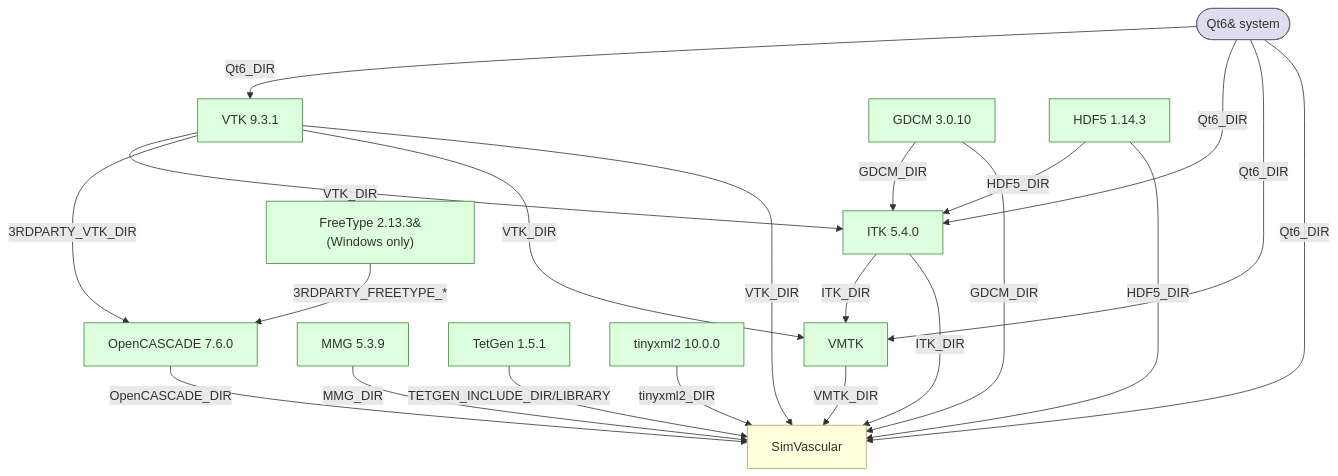
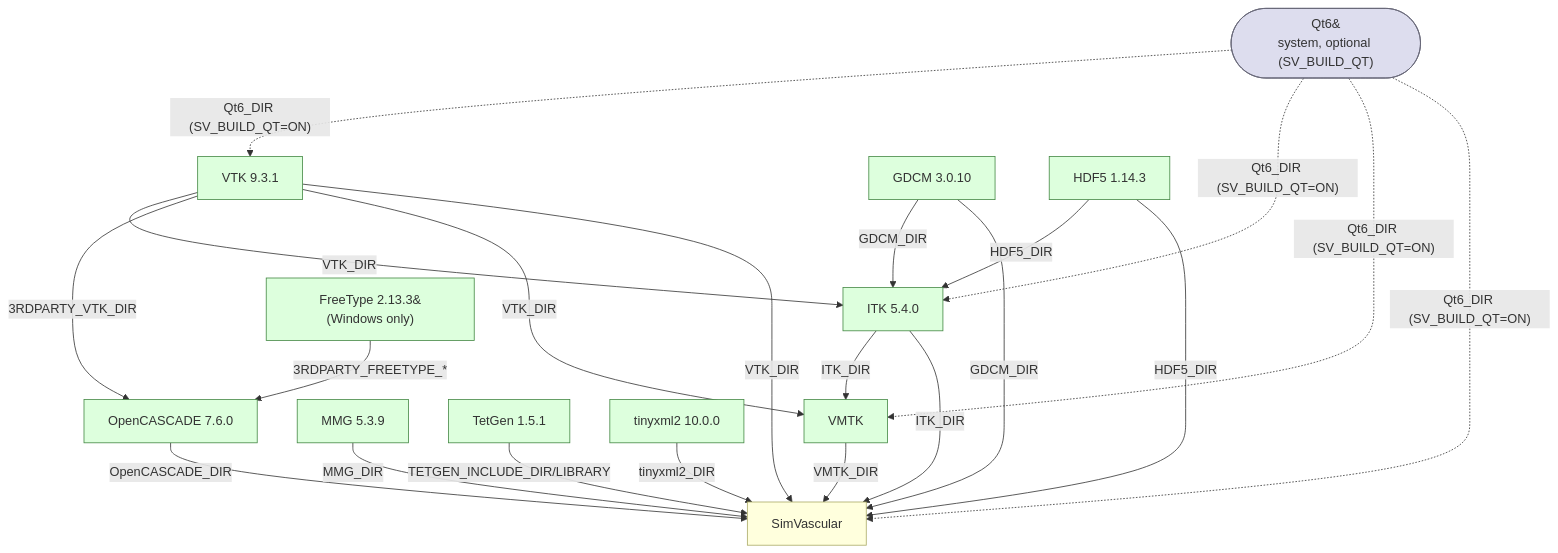
The diagram in Dependencies.md (SimVascular/SimVascularWIP), drawn with Mermaid before and after one commit. The commit also changed other lines of this file and 6 other files, not shown here.

````diff
--- a/Dependencies.md
+++ b/Dependencies.md
@@ -205,46 +211,46 @@
 ```mermaid
 graph TD
-    Qt6([Qt6&#10;system]):::system
+    Qt6(["Qt6&#10;system, optional (SV_BUILD_QT)"]):::system
 
     VTK["VTK 9.3.1"]:::built
     GDCM["GDCM 3.0.10"]:::built
     HDF5["HDF5 1.14.3"]:::built
     ITK["ITK 5.4.0"]:::built
     OCC["OpenCASCADE 7.6.0"]:::built
     FreeType["FreeType 2.13.3&#10;(Windows only)"]:::built
     MMG["MMG 5.3.9"]:::built
     TetGen["TetGen 1.5.1"]:::built
     tinyxml2["tinyxml2 10.0.0"]:::built
     VMTK["VMTK"]:::built
     SV["SimVascular"]:::project
 
-    Qt6 -->|Qt6_DIR| VTK
-    Qt6 -->|Qt6_DIR| ITK
-    Qt6 -->|Qt6_DIR| VMTK
-    Qt6 -->|Qt6_DIR| SV
+    Qt6 -.->|"Qt6_DIR (SV_BUILD_QT=ON)"| VTK
+    Qt6 -.->|"Qt6_DIR (SV_BUILD_QT=ON)"| ITK
+    Qt6 -.->|"Qt6_DIR (SV_BUILD_QT=ON)"| VMTK
+    Qt6 -.->|"Qt6_DIR (SV_BUILD_QT=ON)"| SV
 
     VTK -->|VTK_DIR| ITK
     VTK -->|3RDPARTY_VTK_DIR| OCC
     VTK -->|VTK_DIR| VMTK
     VTK -->|VTK_DIR| SV
 
     GDCM -->|GDCM_DIR| ITK
     GDCM -->|GDCM_DIR| SV
 
     HDF5 -->|HDF5_DIR| ITK
     HDF5 -->|HDF5_DIR| SV
 
     ITK -->|ITK_DIR| VMTK
     ITK -->|ITK_DIR| SV
 
     FreeType -->|3RDPARTY_FREETYPE_*| OCC
     OCC -->|OpenCASCADE_DIR| SV
     MMG -->|MMG_DIR| SV
     TetGen -->|TETGEN_INCLUDE_DIR/LIBRARY| SV
     tinyxml2 -->|tinyxml2_DIR| SV
     VMTK -->|VMTK_DIR| SV
 
     classDef system fill:#dde,stroke:#667
     classDef built  fill:#dfd,stroke:#484
     classDef project fill:#ffd,stroke:#aa6
 ```
````
